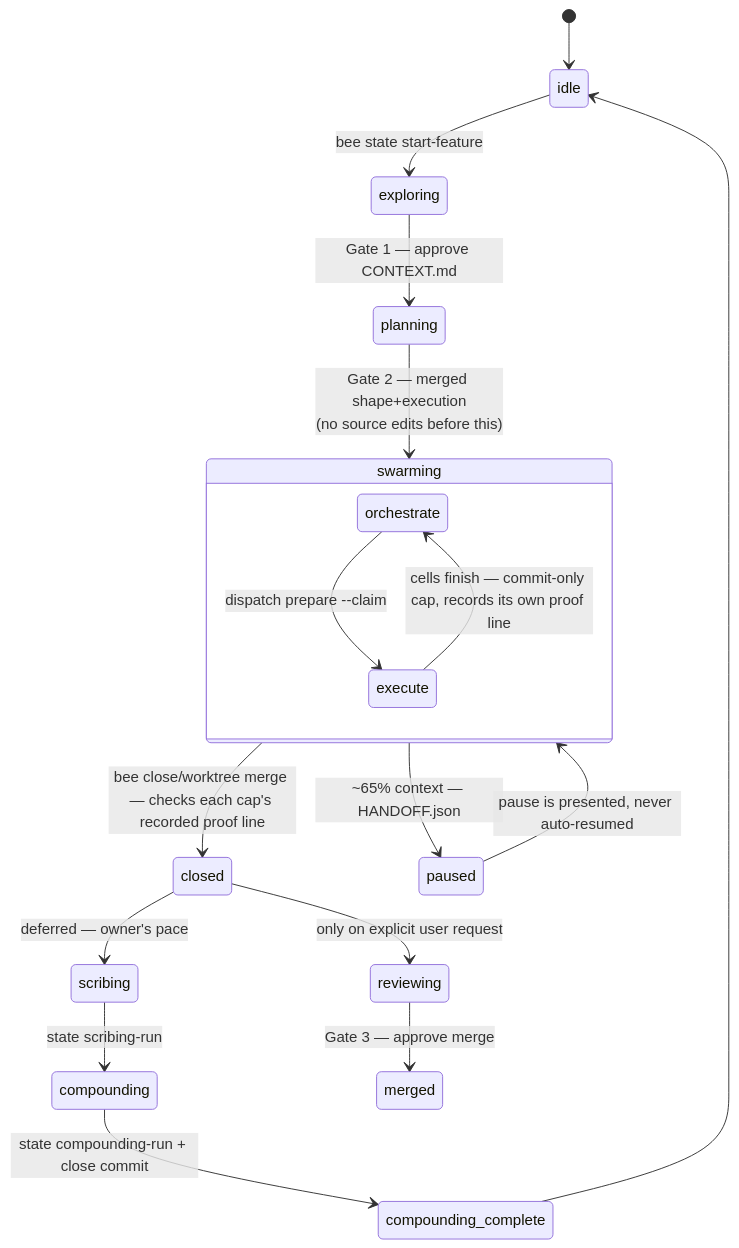
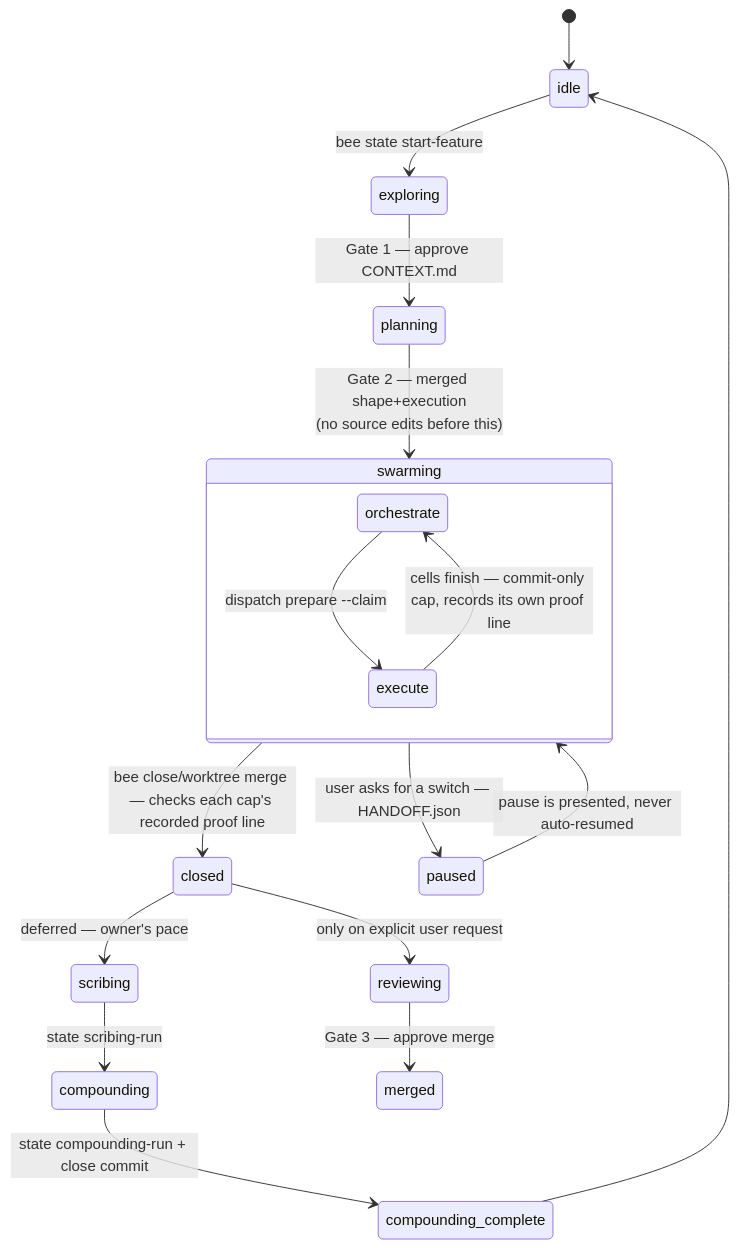
Before and after one commit to thanhsmind/beehive: the second of 6 diagrams in docs/handbook/architecture-map.md, drawn with Mermaid. The commit also changed 48 other files, not shown here.

First line of the commit message:
Make the context handoff rule advisory and hand off with follow_up_of

````diff
--- a/docs/handbook/architecture-map.md
+++ b/docs/handbook/architecture-map.md
@@ -84,22 +84,22 @@
 ```mermaid
 stateDiagram-v2
     direction TB
     [*] --> idle
     idle --> exploring : bee state start-feature
     exploring --> planning : Gate 1 — approve CONTEXT.md
     planning --> swarming : Gate 2 — merged shape+execution<br/>(no source edits before this)
     state swarming {
         direction TB
         orchestrate --> execute : dispatch prepare --claim
         execute --> orchestrate : cells finish — commit-only cap, records its own proof line
     }
     swarming --> closed : bee close/worktree merge — checks each cap's recorded proof line
     closed --> scribing : deferred — owner's pace
     scribing --> compounding : state scribing-run
     compounding --> compounding_complete : state compounding-run + close commit
     compounding_complete --> idle
     closed --> reviewing : only on explicit user request
     reviewing --> merged : Gate 3 — approve merge
-    swarming --> paused : ~65% context — HANDOFF.json
+    swarming --> paused : user asks for a switch — HANDOFF.json
     paused --> swarming : pause is presented, never auto-resumed
 ```
````
